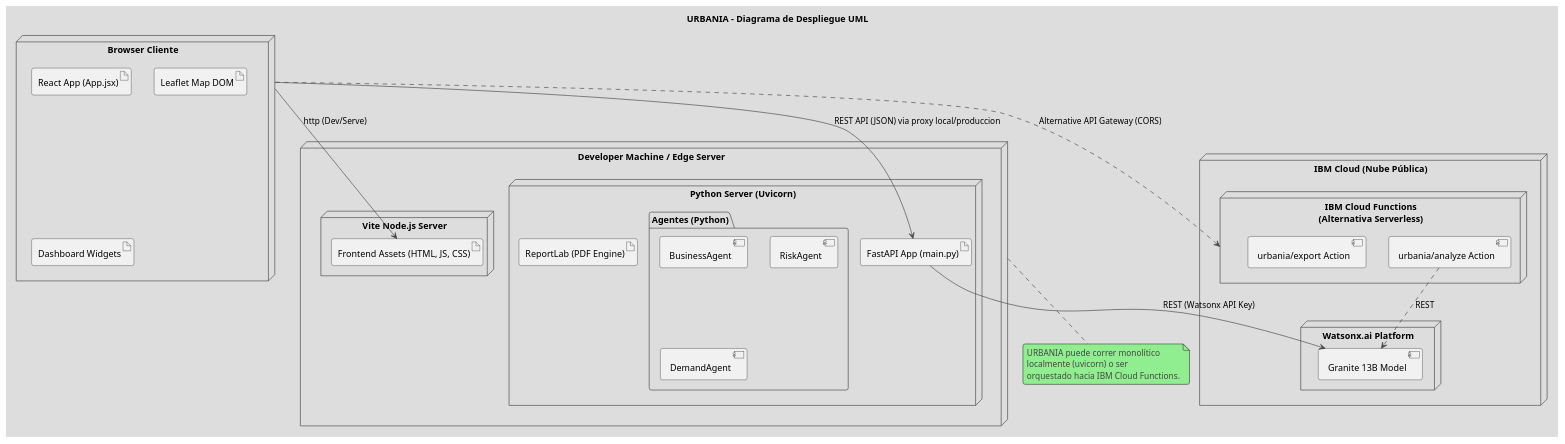
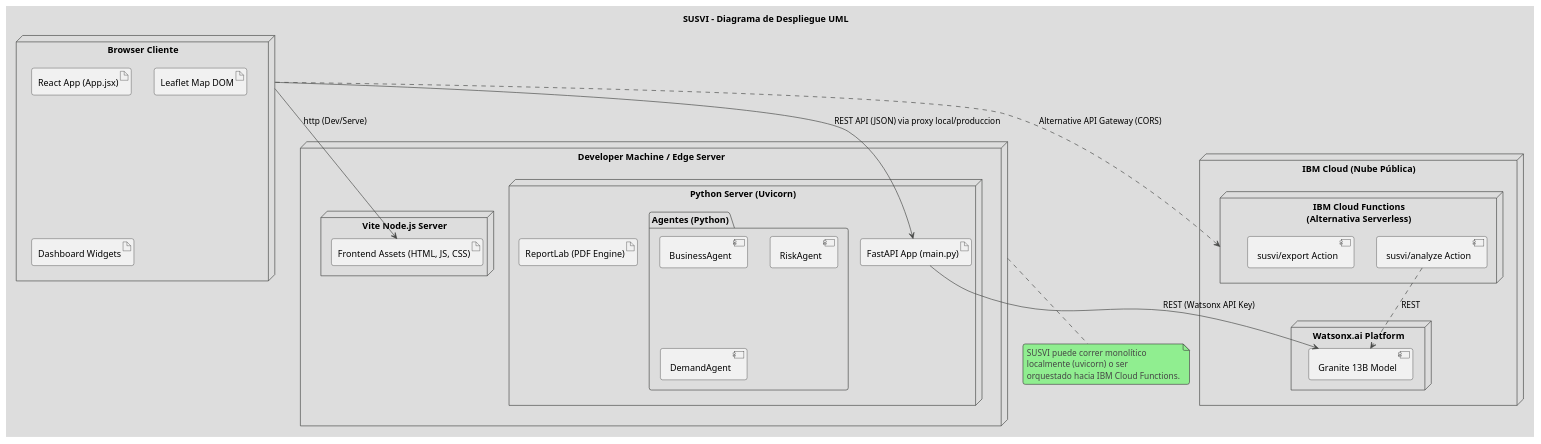
One commit to IsaiPerez02033/URBANIA changed the diagram in docs/deployment_diagram.puml. Above: the diagram before and after it, drawn with PlantUML. The commit also changed 36 other files, not shown here.

```diff
--- a/docs/deployment_diagram.puml
+++ b/docs/deployment_diagram.puml
@@ -1,56 +1,56 @@
 @startuml
 !theme toy
 
-title URBANIA - Diagrama de Despliegue UML
+title SUSVI - Diagrama de Despliegue UML
 
 node "Browser Cliente" as Browser {
     artifact "React App (App.jsx)" as App
     artifact "Leaflet Map DOM" as Map
     artifact "Dashboard Widgets" as Widgets
 }
 
 node "Developer Machine / Edge Server" as DevMachine {
     node "Vite Node.js Server" {
         artifact "Frontend Assets (HTML, JS, CSS)" as Vite
     }
     
     node "Python Server (Uvicorn)" {
         artifact "FastAPI App (main.py)" as Backend
         artifact "ReportLab (PDF Engine)" as PDFGen
         
         folder "Agentes (Python)" {
             [BusinessAgent]
             [RiskAgent]
             [DemandAgent]
         }
     }
 }
 
 node "IBM Cloud (Nube Pública)" as Cloud {
     node "Watsonx.ai Platform" as Watsonx {
         [Granite 13B Model]
     }
     
     node "IBM Cloud Functions\n(Alternativa Serverless)" as FaaS {
-        [urbania/analyze Action]
-        [urbania/export Action]
+        [susvi/analyze Action]
+        [susvi/export Action]
     }
 }
 
 ' Relaciones
 Browser --> Vite : "http (Dev/Serve)"
 Browser --> Backend : "REST API (JSON) via proxy local/produccion"
 
 Backend --> [Granite 13B Model] : "REST (Watsonx API Key)"
 
 ' Si se usa el modulo Cloud Functions
-[urbania/analyze Action] ..> [Granite 13B Model] : "REST"
+[susvi/analyze Action] ..> [Granite 13B Model] : "REST"
 Browser ..> FaaS : "Alternative API Gateway (CORS)"
 
 note bottom of DevMachine
-  URBANIA puede correr monolítico
+  SUSVI puede correr monolítico
   localmente (uvicorn) o ser
   orquestado hacia IBM Cloud Functions.
 end note
 
 @enduml
```
